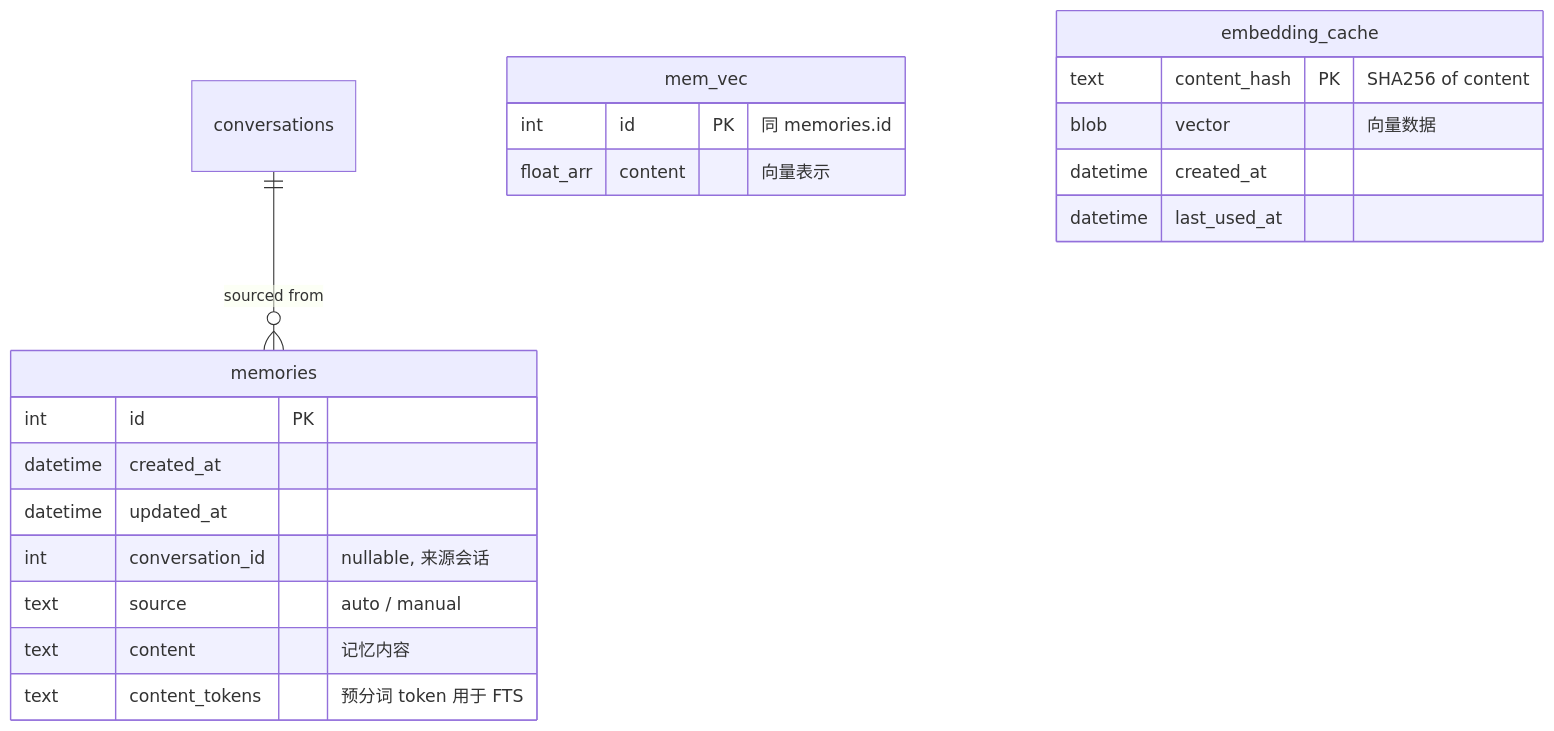
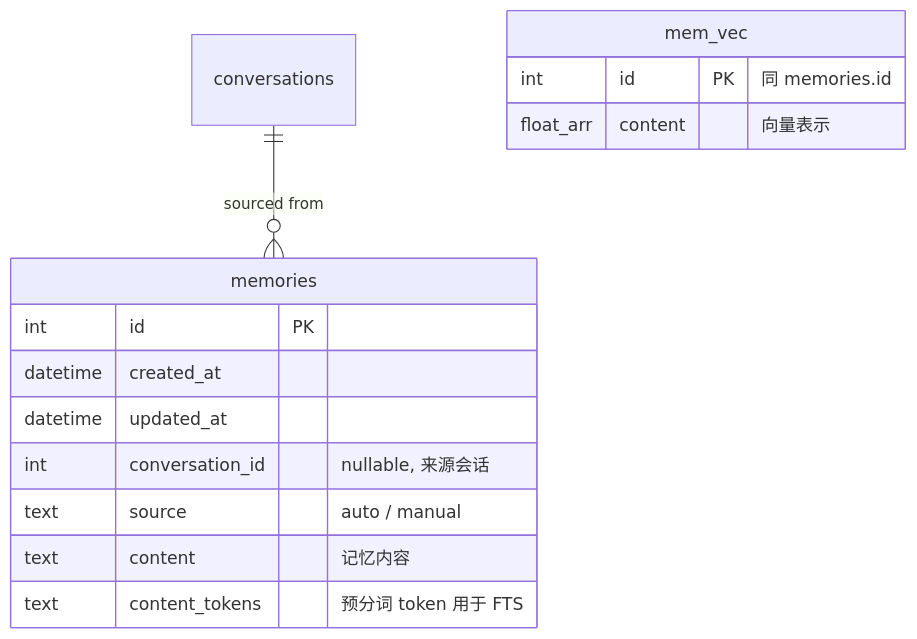
One commit to zhimaAi/ChatClaw changed the second of 3 diagrams in .cursor/plans/长期记忆方案设计_dd1b16c3.plan.md. Above: the diagram before and after it, drawn with Mermaid. The commit also changed other lines of this file, not shown here.

````diff
--- a/.cursor/plans/长期记忆方案设计_dd1b16c3.plan.md
+++ b/.cursor/plans/长期记忆方案设计_dd1b16c3.plan.md
@@ -111,26 +98,19 @@
 ```mermaid
 erDiagram
     conversations ||--o{ memories : "sourced from"
 
     memories {
         int id PK
         datetime created_at
         datetime updated_at
         int conversation_id "nullable, 来源会话"
         text source "auto / manual"
         text content "记忆内容"
         text content_tokens "预分词 token 用于 FTS"
     }
 
     mem_vec {
         int id PK "同 memories.id"
         float_arr content "向量表示"
     }
-
-    embedding_cache {
-        text content_hash PK "SHA256 of content"
-        blob vector "向量数据"
-        datetime created_at
-        datetime last_used_at
-    }
 ```
````
